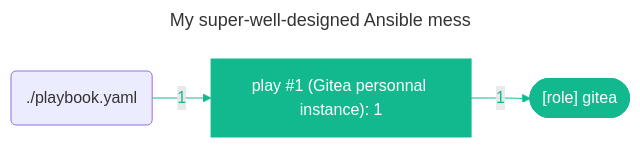
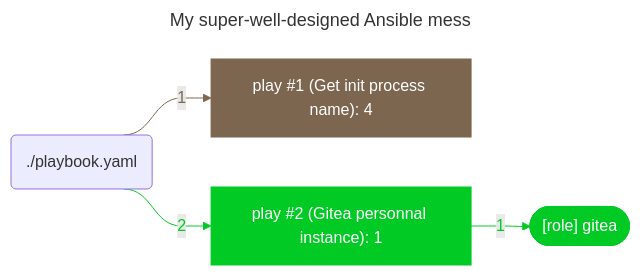
One commit to boyreau/boyreau changed the diagram in README.md. Above: the diagram before and after it, drawn with Mermaid.

Commit message:
profile graph automatic update

````diff
--- a/README.md
+++ b/README.md
@@ -48,23 +48,29 @@
 ```mermaid
 ---
 title: "My super-well-designed Ansible mess"
 ---
 %%{ init: { "flowchart": { "curve": "bumpX" } } }%%
 flowchart LR
 	%% Start of the playbook './playbook.yaml'
-	playbook_827e3f67("./playbook.yaml")
-		%% Start of the play 'play #1 (Gitea personnal instance): 1'
-		play_aa334636["play #1 (Gitea personnal instance): 1"]
-		style play_aa334636 stroke:#13b98e,fill:#13b98e,color:#ffffff
-		playbook_827e3f67 --> |"1"| play_aa334636
-		linkStyle 0 stroke:#13b98e,color:#13b98e
+	playbook_1085459a("./playbook.yaml")
+		%% Start of the play 'play #1 (Get init process name): 4'
+		play_83bd1f48["play #1 (Get init process name): 4"]
+		style play_83bd1f48 stroke:#7c6650,fill:#7c6650,color:#ffffff
+		playbook_1085459a --> |"1"| play_83bd1f48
+		linkStyle 0 stroke:#7c6650,color:#7c6650
+		%% End of the play 'play #1 (Get init process name): 4'
+		%% Start of the play 'play #2 (Gitea personnal instance): 1'
+		play_e782040d["play #2 (Gitea personnal instance): 1"]
+		style play_e782040d stroke:#02ca25,fill:#02ca25,color:#ffffff
+		playbook_1085459a --> |"2"| play_e782040d
+		linkStyle 1 stroke:#02ca25,color:#02ca25
 			%% Start of the role '[role] gitea'
-			play_aa334636 --> |"1 "| role_e0f7329d
-			linkStyle 1 stroke:#13b98e,color:#13b98e
-			role_e0f7329d(["[role] gitea"])
-			style role_e0f7329d fill:#13b98e,color:#ffffff,stroke:#13b98e
+			play_e782040d --> |"1 "| role_f8d9e89a
+			linkStyle 2 stroke:#02ca25,color:#02ca25
+			role_f8d9e89a(["[role] gitea"])
+			style role_f8d9e89a fill:#02ca25,color:#ffffff,stroke:#02ca25
 			%% End of the role '[role] gitea'
-		%% End of the play 'play #1 (Gitea personnal instance): 1'
+		%% End of the play 'play #2 (Gitea personnal instance): 1'
 	%% End of the playbook './playbook.yaml'
 
 ```
````
